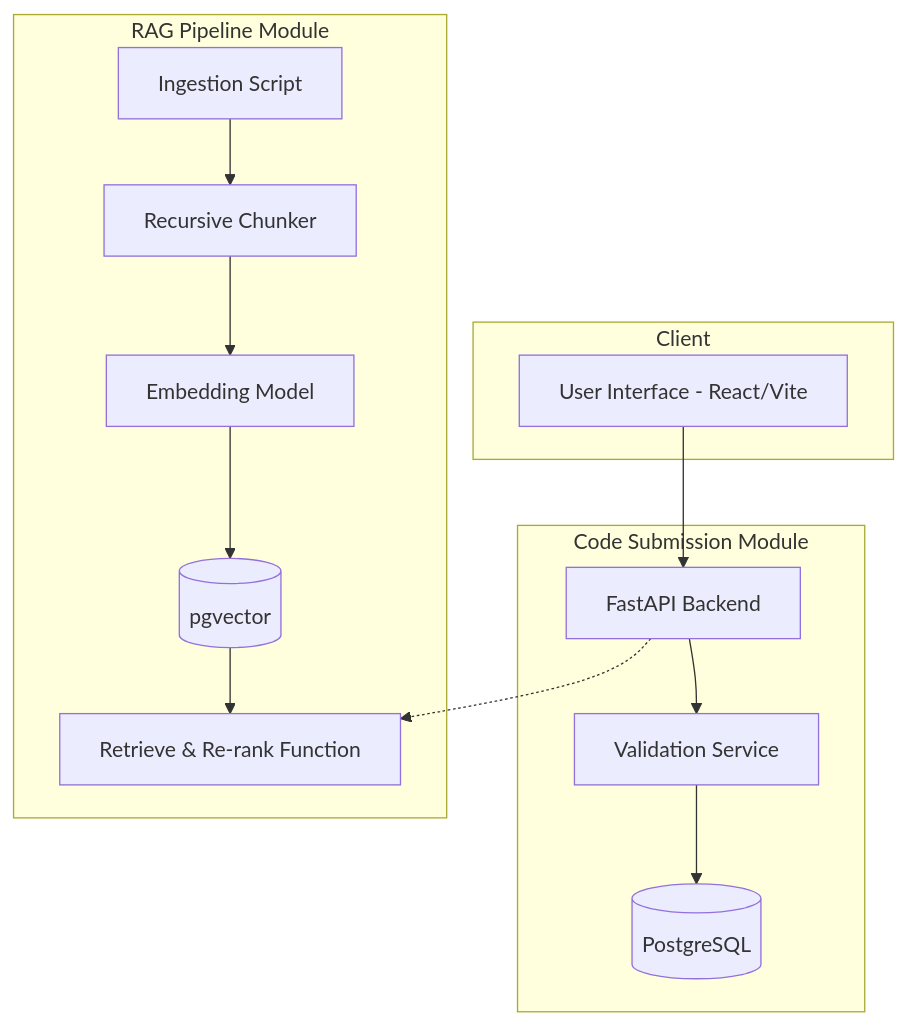
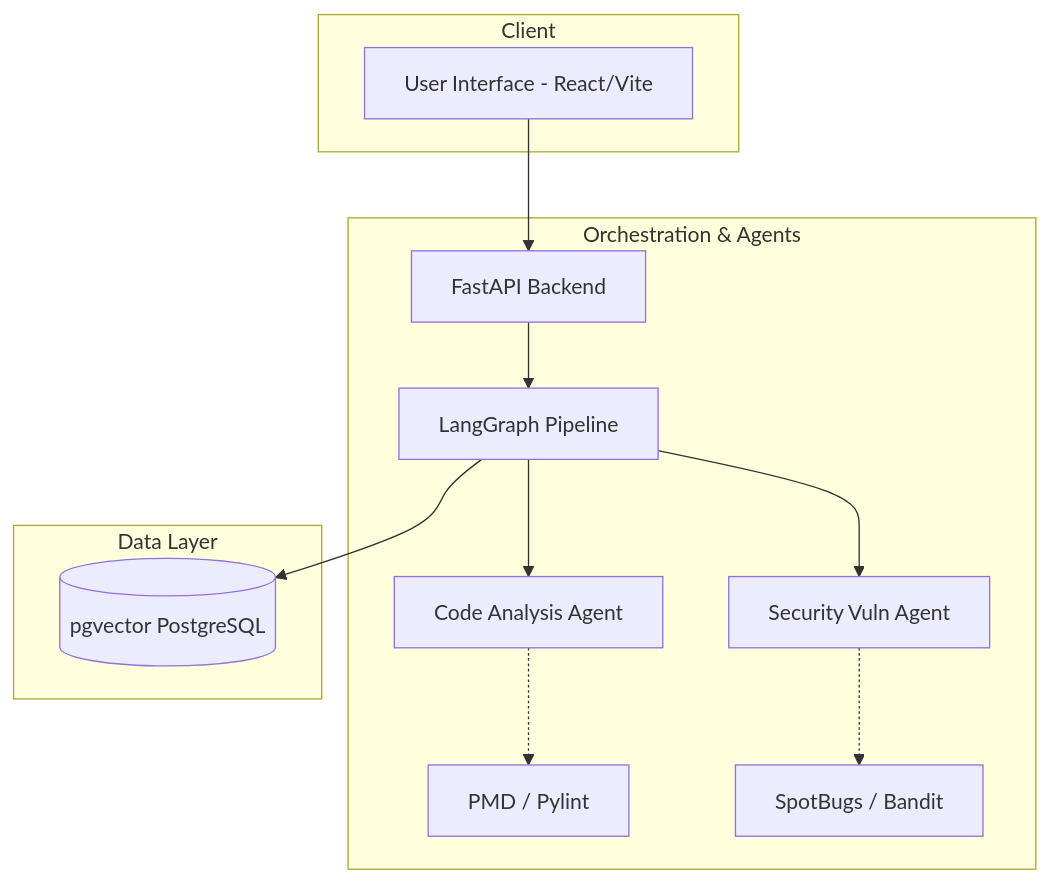
The diagram in README.md (Mugunthan-127/AI-Code-Review-Security-Analysis-Agent), drawn with Mermaid before and after one commit. The commit also changed other lines of this file and 44 other files, not shown here.

Commit message:
Milestone 2 Completion - Multi-Agent Architecture, RAG Pipeline, Full Security Mappings

````diff
--- a/README.md
+++ b/README.md
@@ -26,24 +26,22 @@
 ```mermaid
 graph TD
     subgraph Client
         UI[User Interface - React/Vite]
     end
 
-    subgraph "Code Submission Module"
+    subgraph "Orchestration & Agents"
         API[FastAPI Backend]
-        API --> V[Validation Service]
-        V --> DB[(PostgreSQL)]
+        API --> LangGraph[LangGraph Pipeline]
+        LangGraph --> CA[Code Analysis Agent]
+        LangGraph --> Sec[Security Vuln Agent]
+        CA -.-> PMD[PMD / Pylint]
+        Sec -.-> Spot[SpotBugs / Bandit]
     end
 
-    subgraph "RAG Pipeline Module"
-        Ingest[Ingestion Script]
-        Ingest --> Chunk[Recursive Chunker]
-        Chunk --> Embed[Embedding Model]
-        Embed --> PG[(pgvector)]
-        Retrieve[Retrieve & Re-rank Function]
-        PG --> Retrieve
+    subgraph "Data Layer"
+        PG[(pgvector PostgreSQL)]
     end
 
     UI --> API
-    API -.-> Retrieve
+    LangGraph --> PG
 ```
````
